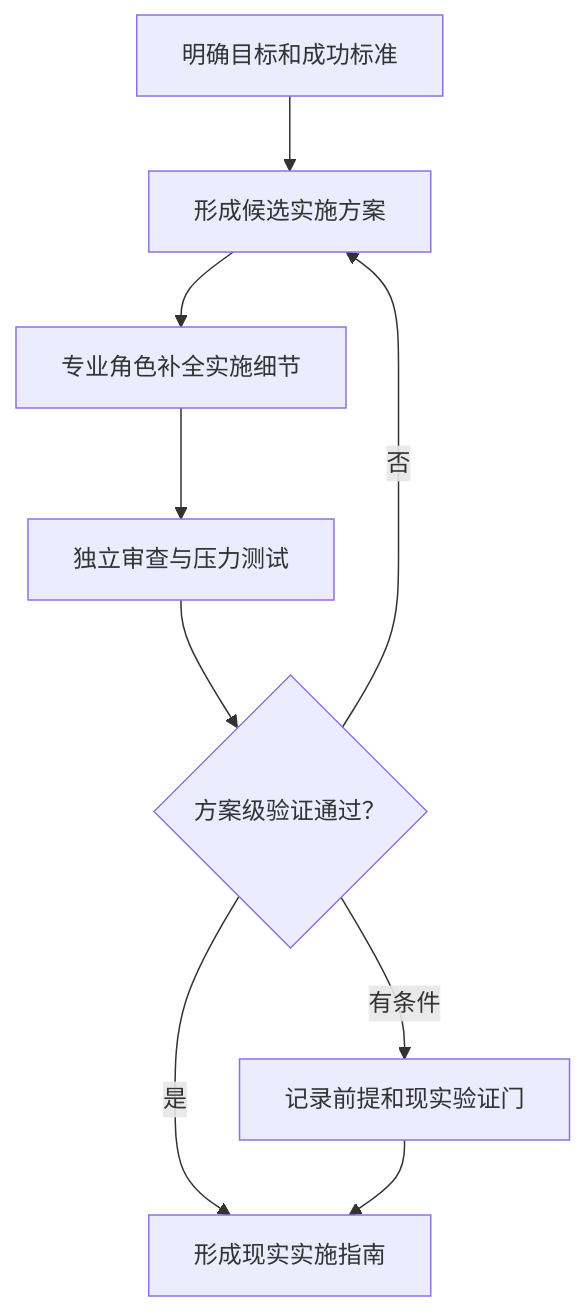
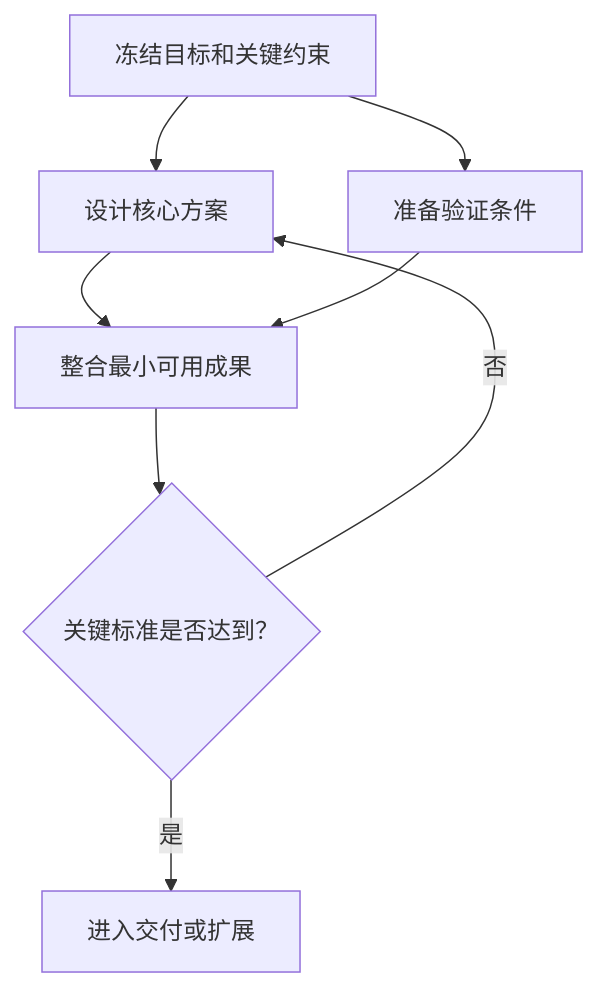
The diagram in references/output-contracts.md (yantaolu/goal-orchestrator), drawn with Mermaid before and after one commit. The commit also changed other lines of this file and 9 other files, not shown here.

````diff
--- a/references/output-contracts.md
+++ b/references/output-contracts.md
@@ -99,11 +134,10 @@
 ```mermaid
 flowchart TD
-    A["明确目标和成功标准"] --> B["形成候选实施方案"]
-    B --> C["专业角色补全实施细节"]
-    C --> D["独立审查与压力测试"]
-    D --> E{"方案级验证通过？"}
-    E -- "否" --> B
-    E -- "有条件" --> F["记录前提和现实验证门"]
-    E -- "是" --> G["形成现实实施指南"]
-    F --> G
+    A["冻结目标和关键约束"] --> B1["设计核心方案"]
+    A --> B2["准备验证条件"]
+    B1 --> C["整合最小可用成果"]
+    B2 --> C
+    C --> D{"关键标准是否达到？"}
+    D -- "否" --> B1
+    D -- "是" --> E["进入交付或扩展"]
 ```
````
